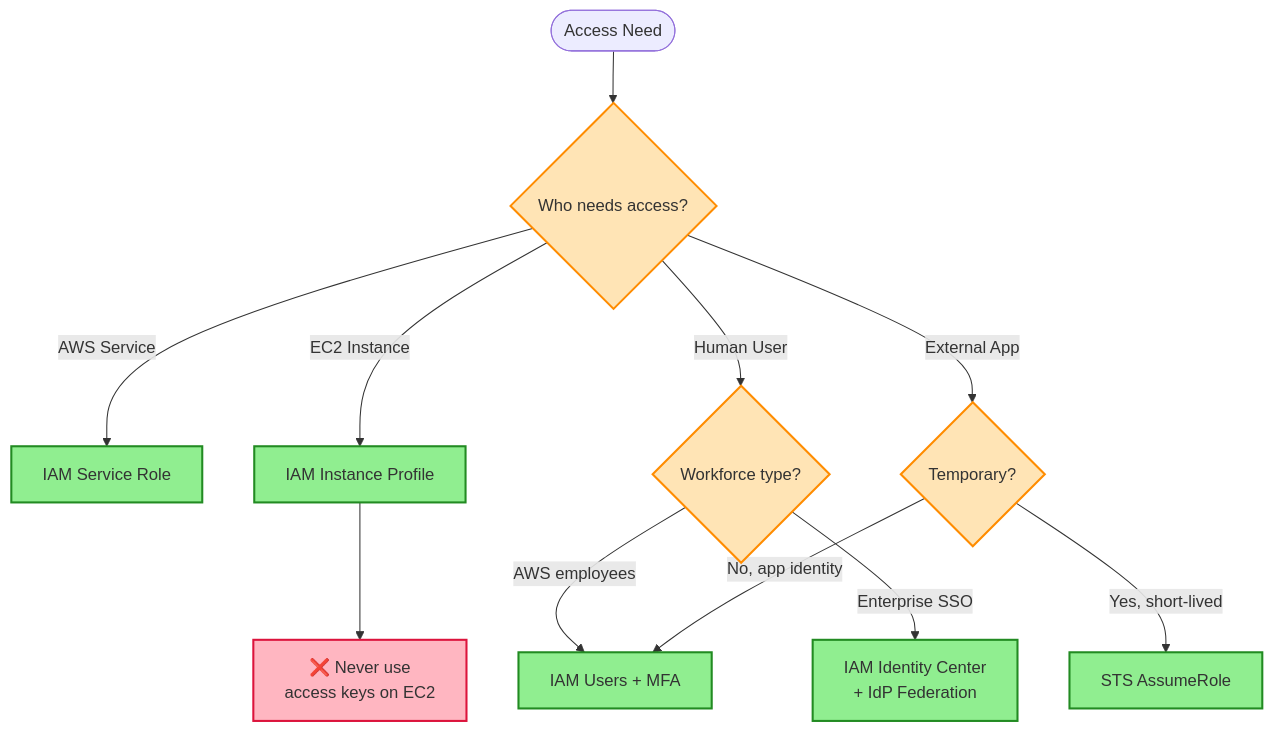
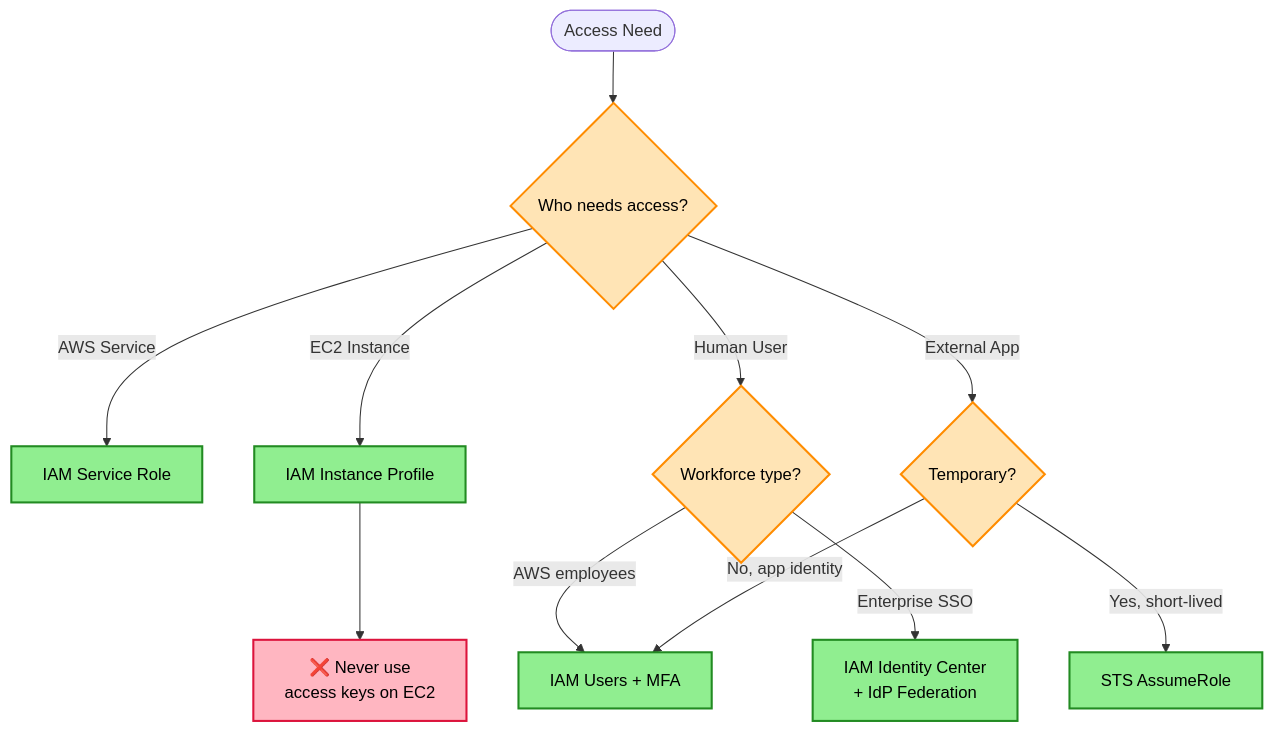
Before and after one commit to intelliswarm-ai/aws-architectures: the first of 5 diagrams in aws-architecture-decisions/diagrams/security-decisions.md, drawn with Mermaid. The commit also changed other lines of this file and 13 other files, not shown here.

````diff
--- a/aws-architecture-decisions/diagrams/security-decisions.md
+++ b/aws-architecture-decisions/diagrams/security-decisions.md
@@ -7,26 +7,26 @@
 ```mermaid
 flowchart TD
     Start([Access Need]) --> Q1{Who needs access?}
 
     Q1 -->|AWS Service| ROLE_SVC[IAM Service Role]
     Q1 -->|EC2 Instance| ROLE_EC2[IAM Instance Profile]
     Q1 -->|Human User| Q2{Workforce type?}
     Q1 -->|External App| Q3{Temporary?}
 
     Q2 -->|AWS employees| IAM_USER[IAM Users + MFA]
     Q2 -->|Enterprise SSO| IAM_IC[IAM Identity Center<br/>+ IdP Federation]
 
     Q3 -->|Yes, short-lived| STS[STS AssumeRole]
     Q3 -->|No, app identity| IAM_USER
 
     ROLE_EC2 --> NEVER[❌ Never use<br/>access keys on EC2]
 
     %% Styling
-    classDef service fill:#90EE90,stroke:#228B22,stroke-width:2px
-    classDef never fill:#FFB6C1,stroke:#DC143C,stroke-width:2px
-    classDef question fill:#FFE4B5,stroke:#FF8C00,stroke-width:2px
+    classDef service fill:#90EE90,stroke:#228B22,stroke-width:2px,color:#000000
+    classDef never fill:#FFB6C1,stroke:#DC143C,stroke-width:2px,color:#000000
+    classDef question fill:#FFE4B5,stroke:#FF8C00,stroke-width:2px,color:#000000
 
     class Q1,Q2,Q3 question
     class ROLE_SVC,ROLE_EC2,IAM_USER,IAM_IC,STS service
     class NEVER never
 ```
````
